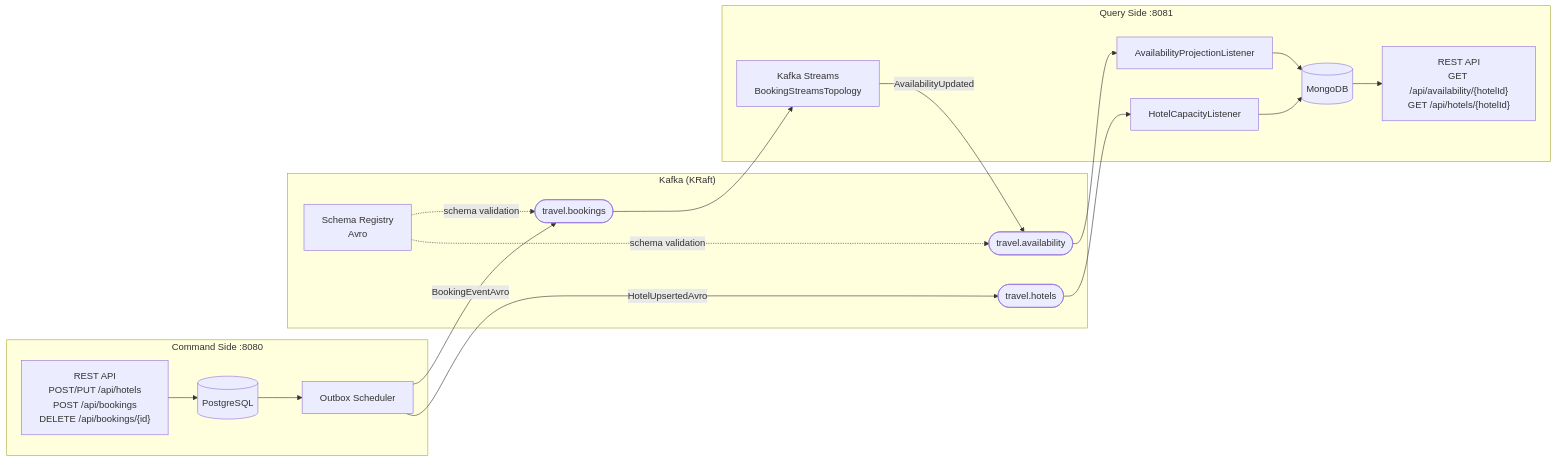
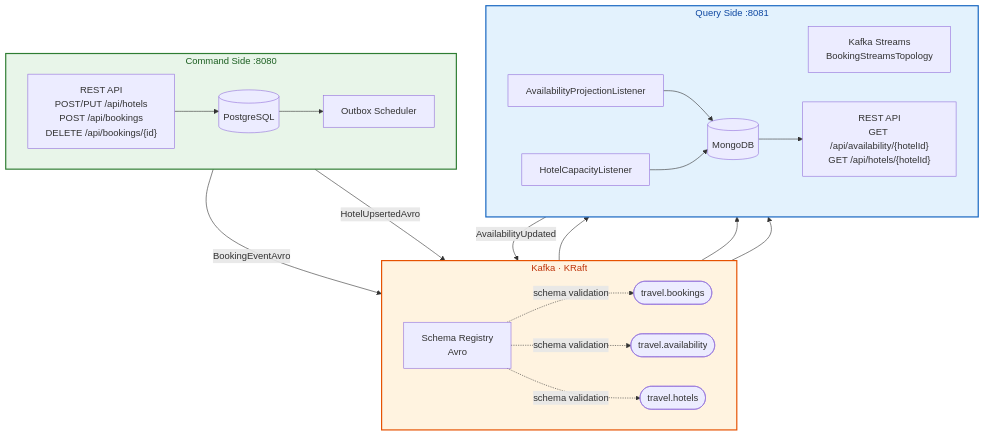
The diagram in README.md (mrzodeczko-dev/Travel-Agency-CQRS), drawn with Mermaid before and after one commit. The commit also changed other lines of this file, not shown here.

Commit message:
Update README to refine E2E test terminology and enhance diagram styles

````diff
--- a/README.md
+++ b/README.md
@@ -60,35 +60,43 @@
 ```mermaid
-flowchart LR
+flowchart TB
     subgraph cmd["Command Side :8080"]
+        direction LR
         API_C["REST API\nPOST/PUT /api/hotels\nPOST /api/bookings\nDELETE /api/bookings/{id}"]
         PG[("PostgreSQL")]
         OB["Outbox Scheduler"]
     end
 
-    subgraph kafka["Kafka (KRaft)"]
+    subgraph kafka["Kafka · KRaft"]
+        direction LR
+        SR["Schema Registry\nAvro"]
         TB(["travel.bookings"])
         TA(["travel.availability"])
         TH(["travel.hotels"])
-        SR["Schema Registry\nAvro"]
     end
 
     subgraph query["Query Side :8081"]
+        direction LR
         KS["Kafka Streams\nBookingStreamsTopology"]
         APL["AvailabilityProjectionListener"]
         HCL["HotelCapacityListener"]
+        MDB[("MongoDB")]
         API_Q["REST API\nGET /api/availability/{hotelId}\nGET /api/hotels/{hotelId}"]
-        MDB[("MongoDB")]
     end
 
     API_C --> PG
     PG --> OB
     OB -->|BookingEventAvro| TB
     OB -->|HotelUpsertedAvro| TH
     TB --> KS
     KS -->|AvailabilityUpdated| TA
     TA --> APL --> MDB
     TH --> HCL --> MDB
     MDB --> API_Q
     SR -.->|schema validation| TB
     SR -.->|schema validation| TA
+    SR -.->|schema validation| TH
+
+    style cmd fill:#e8f5e9,stroke:#2e7d32,stroke-width:2px,color:#1b5e20
+    style kafka fill:#fff3e0,stroke:#e65100,stroke-width:2px,color:#bf360c
+    style query fill:#e3f2fd,stroke:#1565c0,stroke-width:2px,color:#0d47a1
 ```
````
